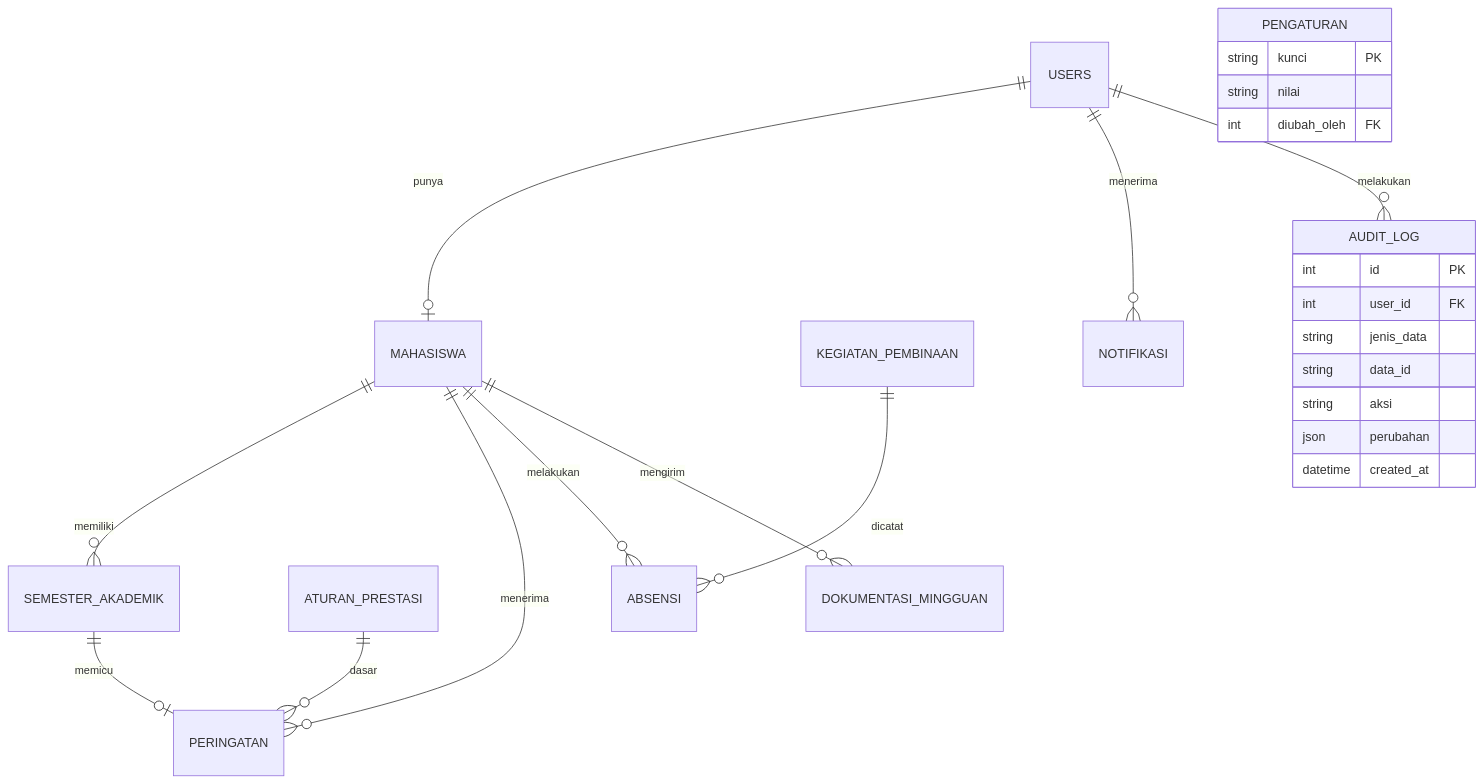
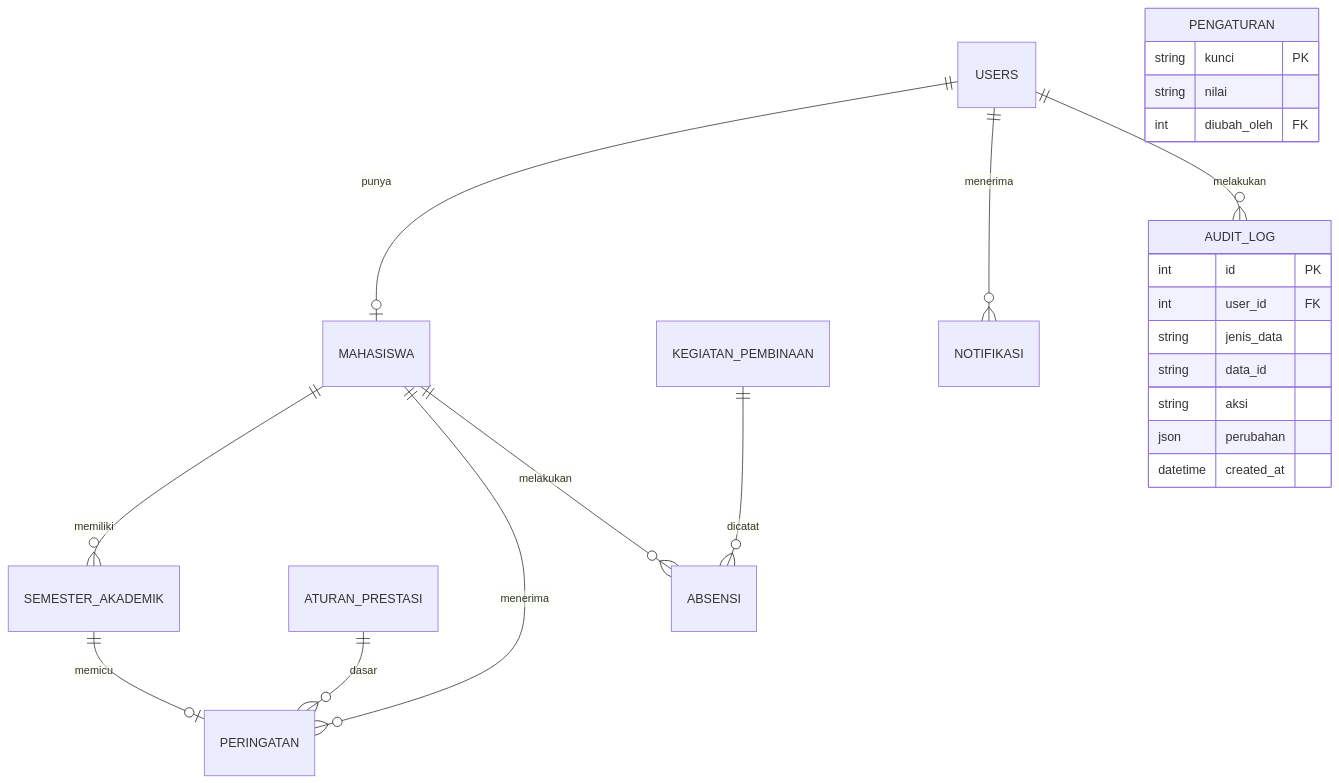
One commit to syakirrabdilah-wq/projects-pengelolaan-program-kipk changed the diagram in design.md. Above: the diagram before and after it, drawn with Mermaid. The commit also changed other lines of this file and 74 other files, not shown here.

````diff
--- a/design.md
+++ b/design.md
@@ -56,27 +55,26 @@
 ```mermaid
 erDiagram
   USERS ||--o| MAHASISWA : punya
   MAHASISWA ||--o{ SEMESTER_AKADEMIK : memiliki
   MAHASISWA ||--o{ PERINGATAN : menerima
   ATURAN_PRESTASI ||--o{ PERINGATAN : dasar
   SEMESTER_AKADEMIK ||--o| PERINGATAN : memicu
   MAHASISWA ||--o{ ABSENSI : melakukan
   KEGIATAN_PEMBINAAN ||--o{ ABSENSI : dicatat
-  MAHASISWA ||--o{ DOKUMENTASI_MINGGUAN : mengirim
   USERS ||--o{ NOTIFIKASI : menerima
   USERS ||--o{ AUDIT_LOG : melakukan
   AUDIT_LOG {
     int id PK
     int user_id FK
     string jenis_data
     string data_id
     string aksi
     json perubahan
     datetime created_at
   }
   PENGATURAN {
     string kunci PK
     string nilai
     int diubah_oleh FK
   }
 ```
````
